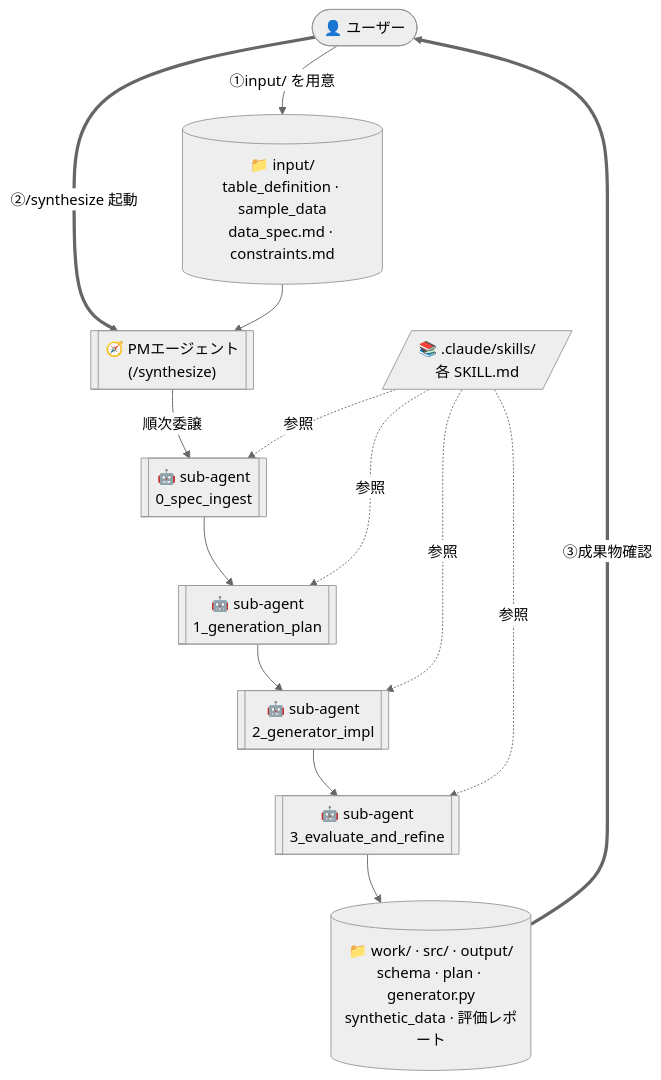
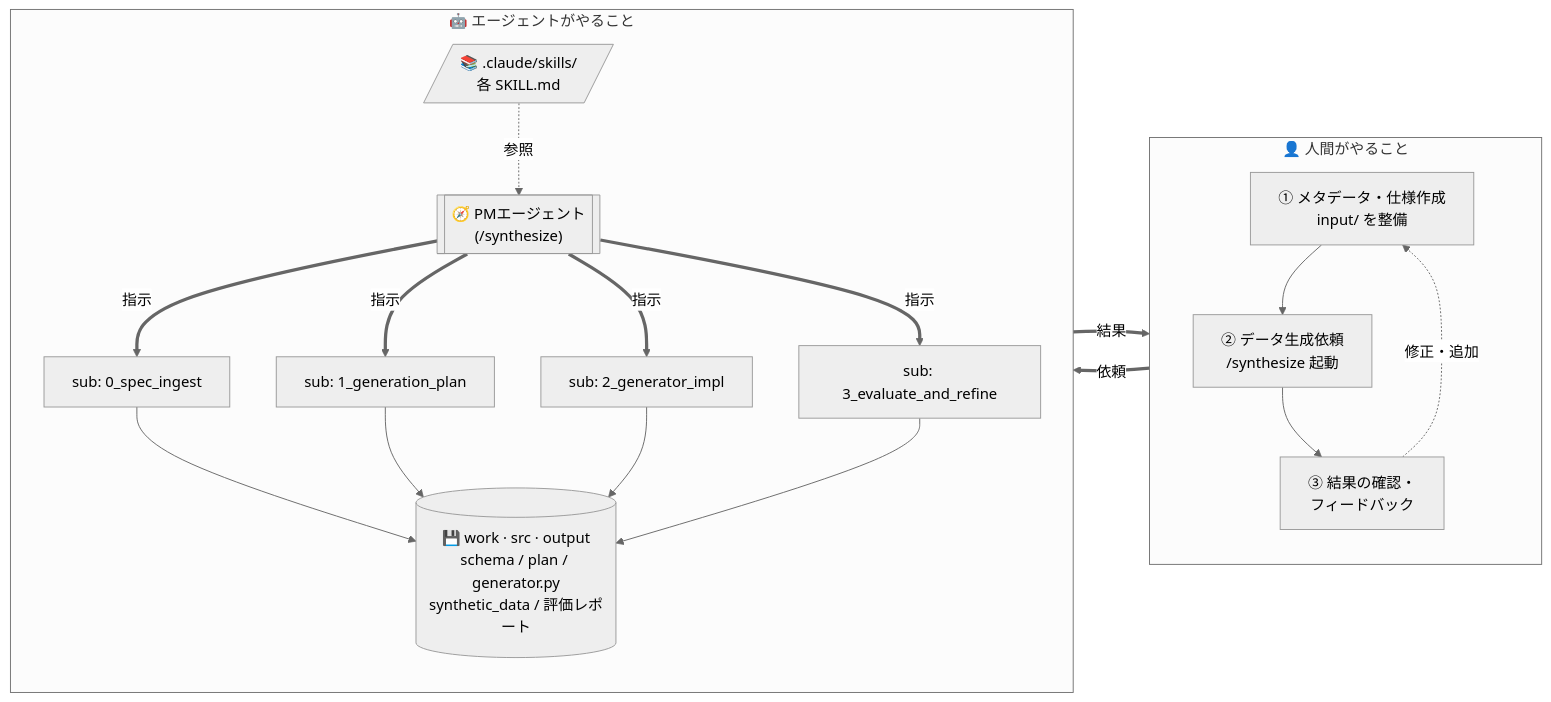
One commit to gghatano/mockdata-generator changed the diagram in README.md. Above: the diagram before and after it, drawn with Mermaid (neutral theme). The commit also changed other lines of this file, not shown here.

Commit message:
docs(readme): split mermaid into human-vs-agent two-frame layout
The previous single-frame mermaid mixed user actions and agent
internals on the same canvas. Following the user's sketch, split the
diagram into two subgraphs:

- 👤 人間がやること: メタデータ整備 → 依頼 → 結果確認 → ループ
- 🤖 エージェントがやること: PM が SKILL.md 群を参照しつつ
  4 つの sub-agent に指示を出し、work/src/output に成果物を残す

Two-way arrows cross only between the human's "依頼" step and the PM,
making the human/agent boundary immediately readable.

````diff
--- a/README.md
+++ b/README.md
@@ -11,32 +11,35 @@
 ```mermaid
-flowchart TD
-    USER([👤 ユーザー])
-    INPUT[("📁 input/<br/>table_definition · sample_data<br/>data_spec.md · constraints.md")]
-    PM[["🧭 PMエージェント<br/>(/synthesize)"]]
+flowchart LR
+    subgraph HUMAN["👤 人間がやること"]
+        direction TB
+        H1["① メタデータ・仕様作成<br/>input/ を整備"]
+        H2["② データ生成依頼<br/>/synthesize 起動"]
+        H3["③ 結果の確認・<br/>フィードバック"]
+        H1 --> H2 --> H3
+        H3 -. 修正・追加 .-> H1
+    end
 
-    SA0[["🤖 sub-agent<br/>0_spec_ingest"]]
-    SA1[["🤖 sub-agent<br/>1_generation_plan"]]
-    SA2[["🤖 sub-agent<br/>2_generator_impl"]]
-    SA3[["🤖 sub-agent<br/>3_evaluate_and_refine"]]
+    subgraph AGENT["🤖 エージェントがやること"]
+        direction TB
+        SKILLS[/"📚 .claude/skills/<br/>各 SKILL.md"/]
+        PM[["🧭 PMエージェント<br/>(/synthesize)"]]
+        SA0["sub: 0_spec_ingest"]
+        SA1["sub: 1_generation_plan"]
+        SA2["sub: 2_generator_impl"]
+        SA3["sub: 3_evaluate_and_refine"]
+        OUT[("💾 work · src · output<br/>schema / plan / generator.py<br/>synthetic_data / 評価レポート")]
 
-    SKILLS[/"📚 .claude/skills/<br/>各 SKILL.md"/]
+        SKILLS -. 参照 .-> PM
+        PM == 指示 ==> SA0
+        PM == 指示 ==> SA1
+        PM == 指示 ==> SA2
+        PM == 指示 ==> SA3
+        SA0 --> OUT
+        SA1 --> OUT
+        SA2 --> OUT
+        SA3 --> OUT
+    end
 
-    OUT[("📁 work/ · src/ · output/<br/>schema · plan · generator.py<br/>synthetic_data · 評価レポート")]
-
-    USER -- "①input/ を用意" --> INPUT
-    USER == "②/synthesize 起動" ==> PM
-    INPUT --> PM
-
-    PM -- "順次委譲" --> SA0
-    SA0 --> SA1
-    SA1 --> SA2
-    SA2 --> SA3
-
-    SKILLS -. 参照 .-> SA0
-    SKILLS -. 参照 .-> SA1
-    SKILLS -. 参照 .-> SA2
-    SKILLS -. 参照 .-> SA3
-
-    SA3 --> OUT
-    OUT == "③成果物確認" ==> USER
+    H2 ==>|依頼| PM
+    OUT ==>|結果| H3
 ```
````
